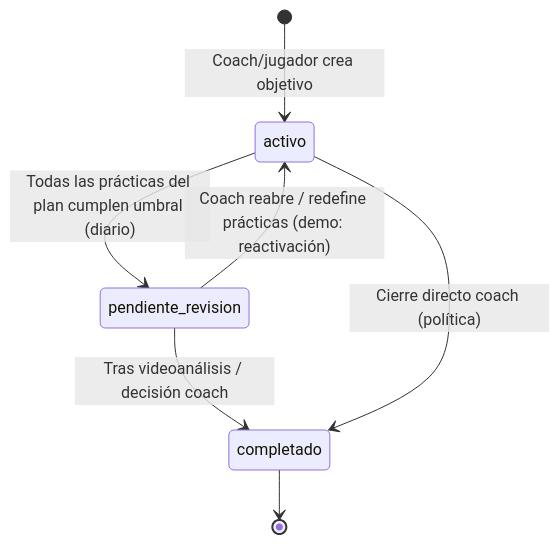
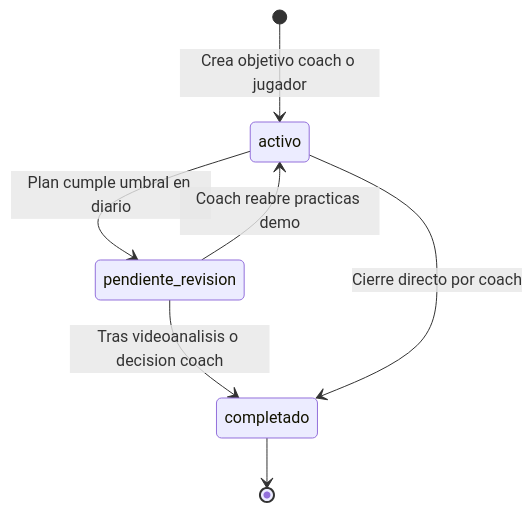
One commit to GimaddMentor/GimaddMentor changed the sixth of 12 diagrams in docs/presupuesto-empresas/GIMADD-MENTOR-ALCANCE-Y-FLUJOS-PRESUPUESTO.md. Above: the diagram before and after it, drawn with Mermaid. The commit also changed other lines of this file and 2 other files, not shown here.

First line of the commit message:
fix(docs): sintaxis Mermaid 10 en alcance (estados, Stripe, Calendar)

````diff
--- a/docs/presupuesto-empresas/GIMADD-MENTOR-ALCANCE-Y-FLUJOS-PRESUPUESTO.md
+++ b/docs/presupuesto-empresas/GIMADD-MENTOR-ALCANCE-Y-FLUJOS-PRESUPUESTO.md
@@ -303,9 +329,9 @@
 ```mermaid
 stateDiagram-v2
-  [*] --> activo: Coach/jugador crea objetivo
-  activo --> pendiente_revision: Todas las prácticas del plan cumplen umbral (diario)
-  pendiente_revision --> activo: Coach reabre / redefine prácticas (demo: reactivación)
-  pendiente_revision --> completado: Tras videoanálisis / decisión coach
-  activo --> completado: Cierre directo coach (política)
+  [*] --> activo: Crea objetivo coach o jugador
+  activo --> pendiente_revision: Plan cumple umbral en diario
+  pendiente_revision --> activo: Coach reabre practicas demo
+  pendiente_revision --> completado: Tras videoanalisis o decision coach
+  activo --> completado: Cierre directo por coach
   completado --> [*]
 ```
````
